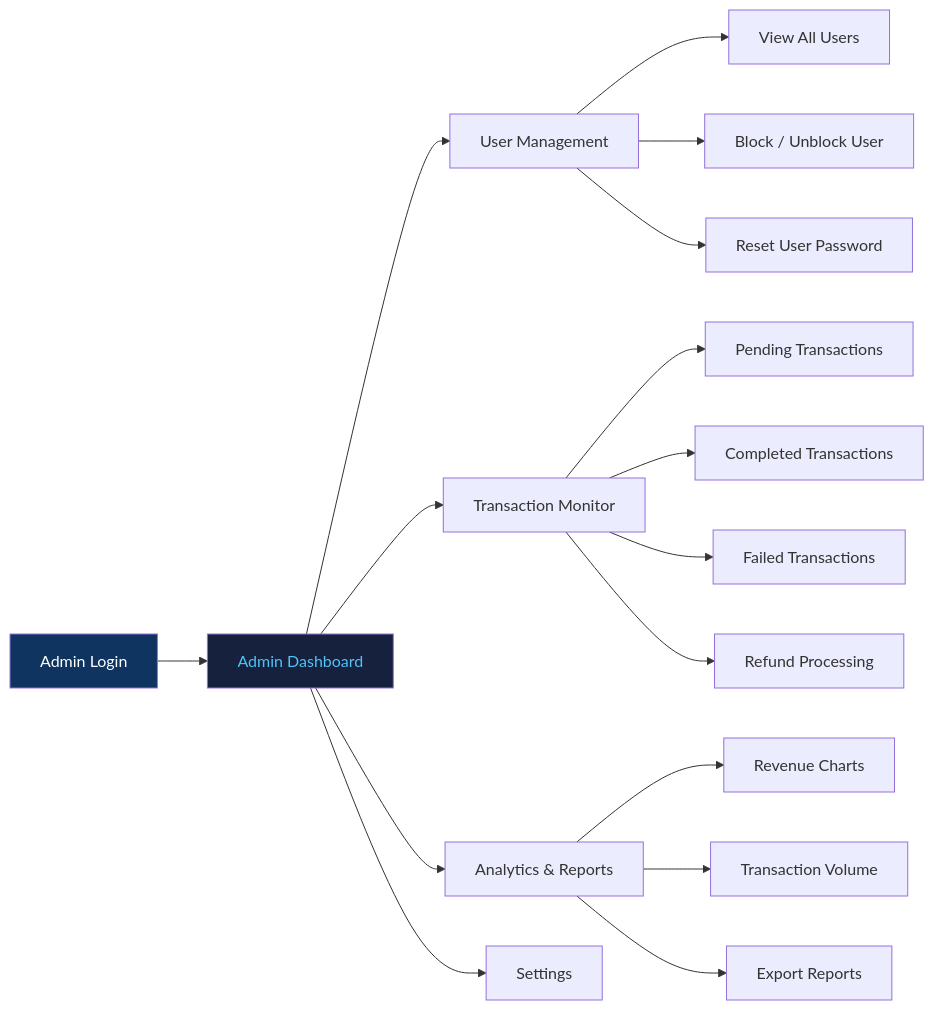
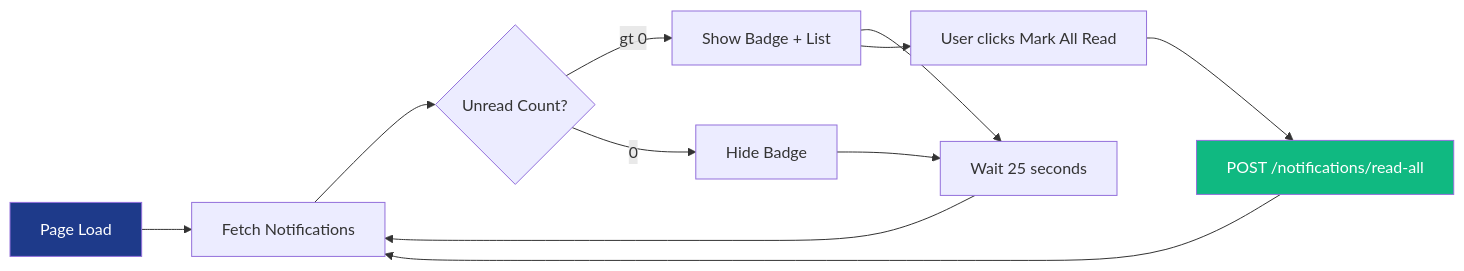
Before and after one commit to lucifers-0666/ZenoPay-V1: the third of 4 diagrams in README.md, drawn with Mermaid. The commit also changed other lines of this file, not shown here.

````diff
--- a/README.md
+++ b/README.md
@@ -194,24 +201,15 @@
 ```mermaid
 flowchart LR
-    A[Admin Login] --> B[Admin Dashboard]
-    B --> C[User Management]
-    B --> D[Transaction Monitor]
-    B --> E[Analytics & Reports]
-    B --> F[Settings]
+    A[Page Load] --> B[Fetch Notifications]
+    B --> C{Unread Count?}
+    C -- gt 0 --> D[Show Badge + List]
+    C -- 0 --> E[Hide Badge]
+    D & E --> F[Wait 25 seconds]
+    F --> B
+    D --> G[User clicks Mark All Read]
+    G --> H[POST /notifications/read-all]
+    H --> B
 
-    C --> C1[View All Users]
-    C --> C2[Block / Unblock User]
-    C --> C3[Reset User Password]
-
-    D --> D1[Pending Transactions]
-    D --> D2[Completed Transactions]
-    D --> D3[Failed Transactions]
-    D --> D4[Refund Processing]
-
-    E --> E1[Revenue Charts]
-    E --> E2[Transaction Volume]
-    E --> E3[Export Reports]
-
-    style A fill:#0f3460,color:#fff
-    style B fill:#16213e,color:#4fc3f7
+    style A fill:#1E3A8A,color:#fff
+    style H fill:#10B981,color:#fff
 ```
````
